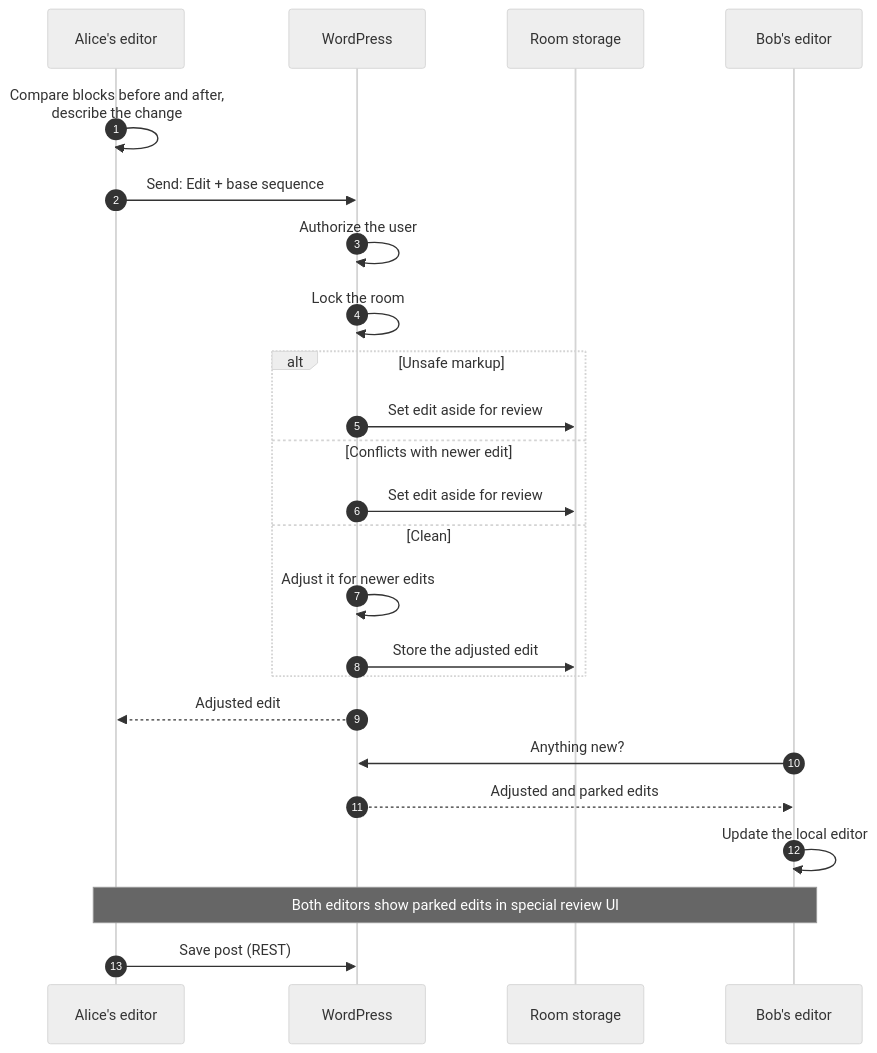
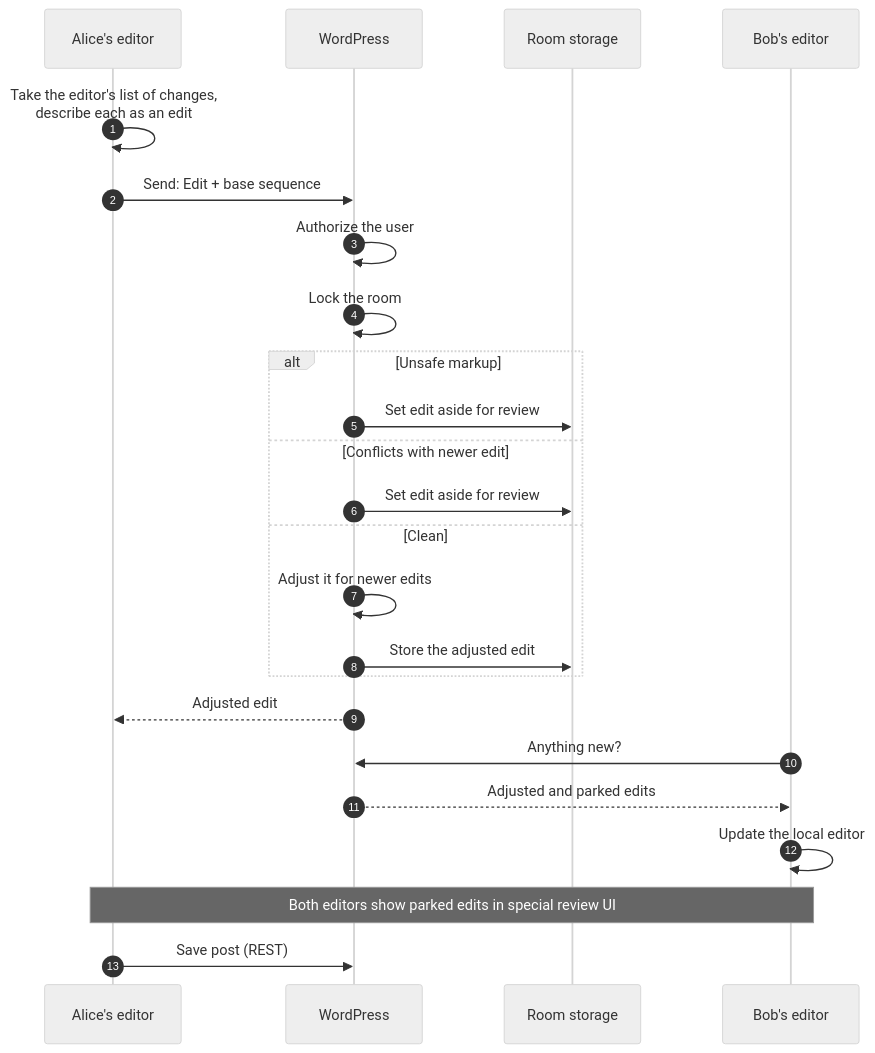
One commit to Automattic/wp-real-time-collaboration changed the second of 2 diagrams in docs/data-flow.md. Above: the diagram before and after it, drawn with Mermaid (neutral theme). The commit also changed other lines of this file and 7 other files, not shown here.

Commit message:
Add a page on a room's state in the browser and bring the data flow page and the agent guide up to date

````diff
--- a/docs/data-flow.md
+++ b/docs/data-flow.md
@@ -92,26 +92,26 @@
 ```mermaid
 sequenceDiagram
     autonumber
     participant A as Alice's editor
     participant WP as WordPress
     participant DB as Room storage
     participant B as Bob's editor
-    A->>A: Compare blocks before and after,<br/>describe the change
+    A->>A: Take the editor's list of changes,<br/>describe each as an edit
     A->>WP: Send: Edit + base sequence
     WP->>WP: Authorize the user
     WP->>WP: Lock the room
     alt Unsafe markup
         WP->>DB: Set edit aside for review
     else Conflicts with newer edit
         WP->>DB: Set edit aside for review
     else Clean
         WP->>WP: Adjust it for newer edits
         WP->>DB: Store the adjusted edit
     end
     WP-->>A: Adjusted edit
     B->>WP: Anything new?
     WP-->>B: Adjusted and parked edits
     B->>B: Update the local editor
     Note over A,B: Both editors show parked edits in special review UI
     A->>WP: Save post (REST)
 ```
````
